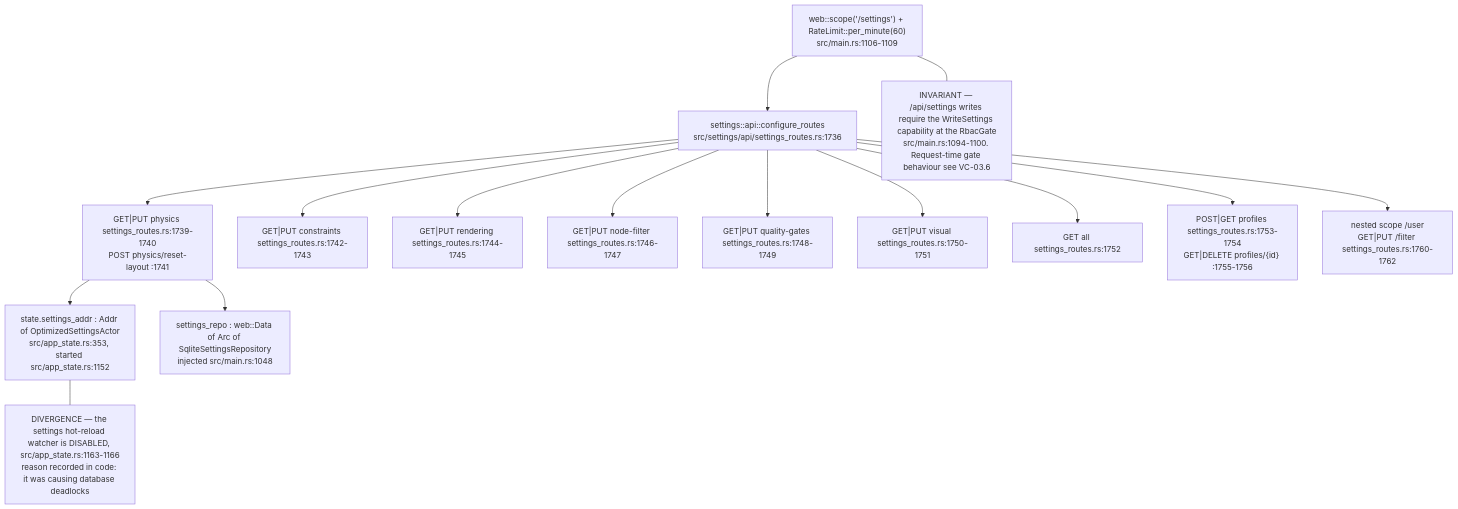
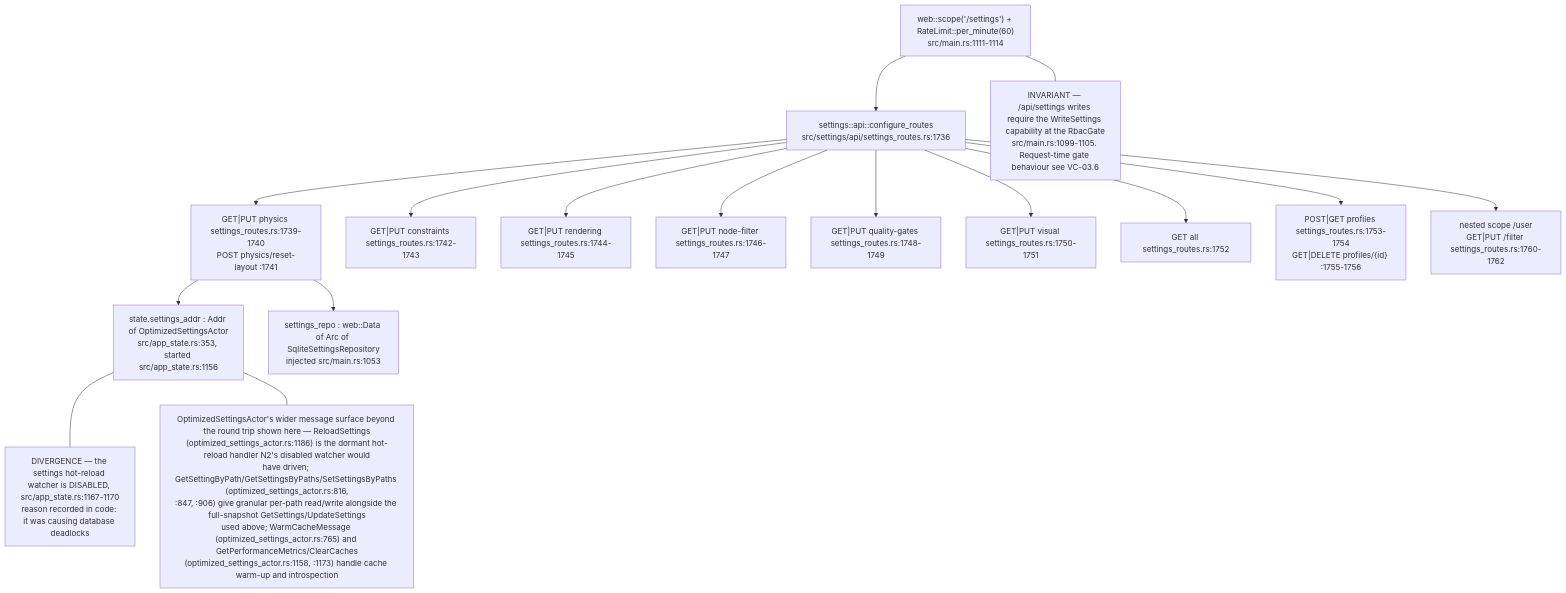
Before and after one commit to DreamLab-AI/VisionFlow: the first of 8 diagrams in docs/diagrams/visionclaw/06-settings-round-trip.md, drawn with Mermaid. The commit also changed other lines of this file and 136 other files, not shown here.

First line of the commit message:
docs(diagrams): refresh the whole corpus to code HEAD and prune low-value diagrams

````diff
--- a/docs/diagrams/visionclaw/06-settings-round-trip.md
+++ b/docs/diagrams/visionclaw/06-settings-round-trip.md
@@ -33,22 +32,24 @@
 ```mermaid
 flowchart TB
-    S["web::scope('/settings') + RateLimit::per_minute(60)<br/>src/main.rs:1106-1109"]
+    S["web::scope('/settings') + RateLimit::per_minute(60)<br/>src/main.rs:1111-1114"]
     S --> CFG["settings::api::configure_routes<br/>src/settings/api/settings_routes.rs:1736"]
     CFG --> P["GET|PUT physics settings_routes.rs:1739-1740<br/>POST physics/reset-layout :1741"]
     CFG --> C["GET|PUT constraints settings_routes.rs:1742-1743"]
     CFG --> R["GET|PUT rendering settings_routes.rs:1744-1745"]
     CFG --> NF["GET|PUT node-filter settings_routes.rs:1746-1747"]
     CFG --> QG["GET|PUT quality-gates settings_routes.rs:1748-1749"]
     CFG --> V["GET|PUT visual settings_routes.rs:1750-1751"]
     CFG --> AL["GET all settings_routes.rs:1752"]
     CFG --> PR["POST|GET profiles settings_routes.rs:1753-1754<br/>GET|DELETE profiles/{id} :1755-1756"]
     CFG --> U["nested scope /user<br/>GET|PUT /filter settings_routes.rs:1760-1762"]
-    ACT["state.settings_addr : Addr of OptimizedSettingsActor<br/>src/app_state.rs:353, started src/app_state.rs:1152"]
-    REPO["settings_repo : web::Data of Arc of SqliteSettingsRepository<br/>injected src/main.rs:1048"]
+    ACT["state.settings_addr : Addr of OptimizedSettingsActor<br/>src/app_state.rs:353, started src/app_state.rs:1156"]
+    REPO["settings_repo : web::Data of Arc of SqliteSettingsRepository<br/>injected src/main.rs:1053"]
     P --> ACT
     P --> REPO
-    N1["INVARIANT — /api/settings writes require the WriteSettings capability at the RbacGate<br/>src/main.rs:1094-1100. Request-time gate behaviour see VC-03.6"]
+    N1["INVARIANT — /api/settings writes require the WriteSettings capability at the RbacGate<br/>src/main.rs:1099-1105. Request-time gate behaviour see VC-03.6"]
     S --- N1
-    N2["DIVERGENCE — the settings hot-reload watcher is DISABLED, src/app_state.rs:1163-1166<br/>reason recorded in code: it was causing database deadlocks"]
+    N2["DIVERGENCE — the settings hot-reload watcher is DISABLED, src/app_state.rs:1167-1170<br/>reason recorded in code: it was causing database deadlocks"]
     ACT --- N2
+    N3["OptimizedSettingsActor's wider message surface beyond the round trip shown here — ReloadSettings<br/>(optimized_settings_actor.rs:1186) is the dormant hot-reload handler N2's disabled watcher would<br/>have driven; GetSettingByPath/GetSettingsByPaths/SetSettingsByPaths (optimized_settings_actor.rs:816,<br/>:847, :906) give granular per-path read/write alongside the full-snapshot GetSettings/UpdateSettings<br/>used above; WarmCacheMessage (optimized_settings_actor.rs:765) and GetPerformanceMetrics/ClearCaches<br/>(optimized_settings_actor.rs:1158, :1173) handle cache warm-up and introspection"]
+    ACT --- N3
 ```
````
